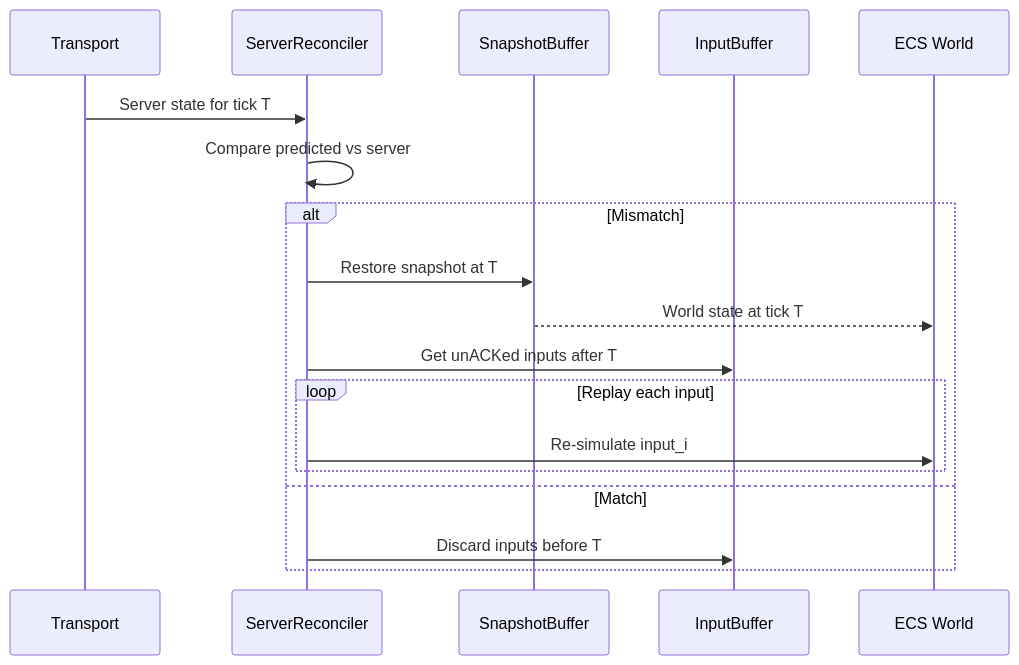
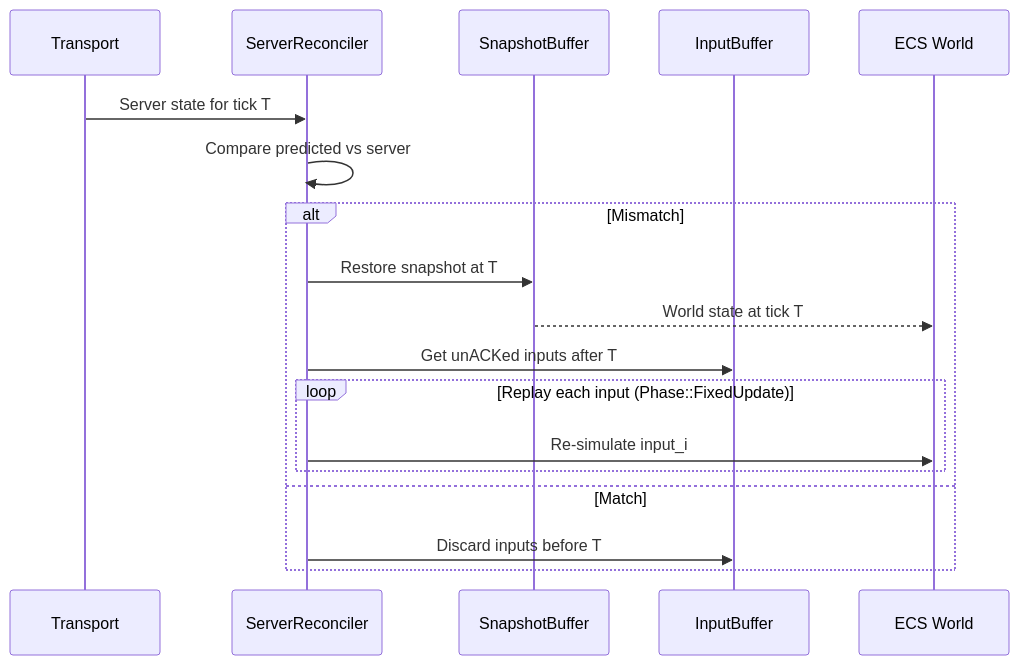
Before and after one commit to harmonius-dev/harmonius: the third of 3 diagrams in docs/design/integration/networking-ecs.md, drawn with Mermaid. The commit also changed other lines of this file and 109 other files, not shown here.

````diff
--- a/docs/design/integration/networking-ecs.md
+++ b/docs/design/integration/networking-ecs.md
@@ -301,21 +601,21 @@
 ```mermaid
 sequenceDiagram
     participant TR as Transport
     participant SR as ServerReconciler
     participant SB as SnapshotBuffer
     participant IB as InputBuffer
     participant ECS as ECS World
 
     TR->>SR: Server state for tick T
     SR->>SR: Compare predicted vs server
     alt Mismatch
         SR->>SB: Restore snapshot at T
         SB-->>ECS: World state at tick T
         SR->>IB: Get unACKed inputs after T
-        loop Replay each input
+        loop Replay each input (Phase::FixedUpdate)
             SR->>ECS: Re-simulate input_i
         end
     else Match
         SR->>IB: Discard inputs before T
     end
 ```
````
